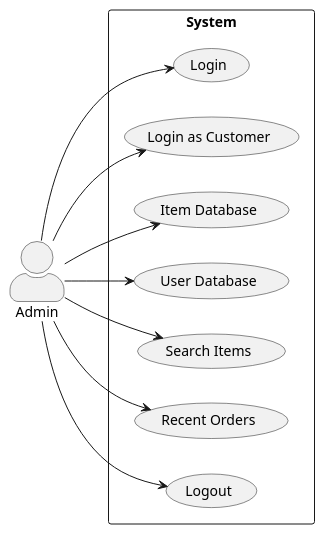
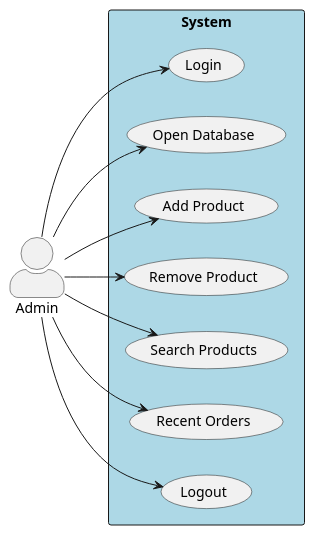
One commit to olivialba/onlineStoreTemplate changed the diagram in docs/diagrams/cases/admin.puml. Above: the diagram before and after it, drawn with PlantUML. The commit also changed 1 other file, not shown here.

```diff
--- a/docs/diagrams/cases/admin.puml
+++ b/docs/diagrams/cases/admin.puml
@@ -1,21 +1,21 @@
 @startuml admin
 skinparam actorStyle awesome
 left to right direction
 actor Admin
-rectangle "System" as system {
-  (Login)
-  (Login as Customer)
-  (Item Database)
-  (User Database)
-  (Search Items)
-  (Recent Orders)
-  (Logout)
+rectangle "System" as system #lightblue {
+ (Login)
+ (Open Database)
+ (Add Product)
+ (Remove Product)
+ (Search Products)
+ (Recent Orders)
+ (Logout)
 }
 Admin --> (Login)
-Admin --> (Login as Customer)
-Admin --> (Item Database)
-Admin --> (User Database)
-Admin --> (Search Items)
+Admin --> (Open Database)
+Admin --> (Add Product)
+Admin --> (Remove Product)
+Admin --> (Search Products)
 Admin --> (Recent Orders)
 Admin --> (Logout)
 @enduml
```
